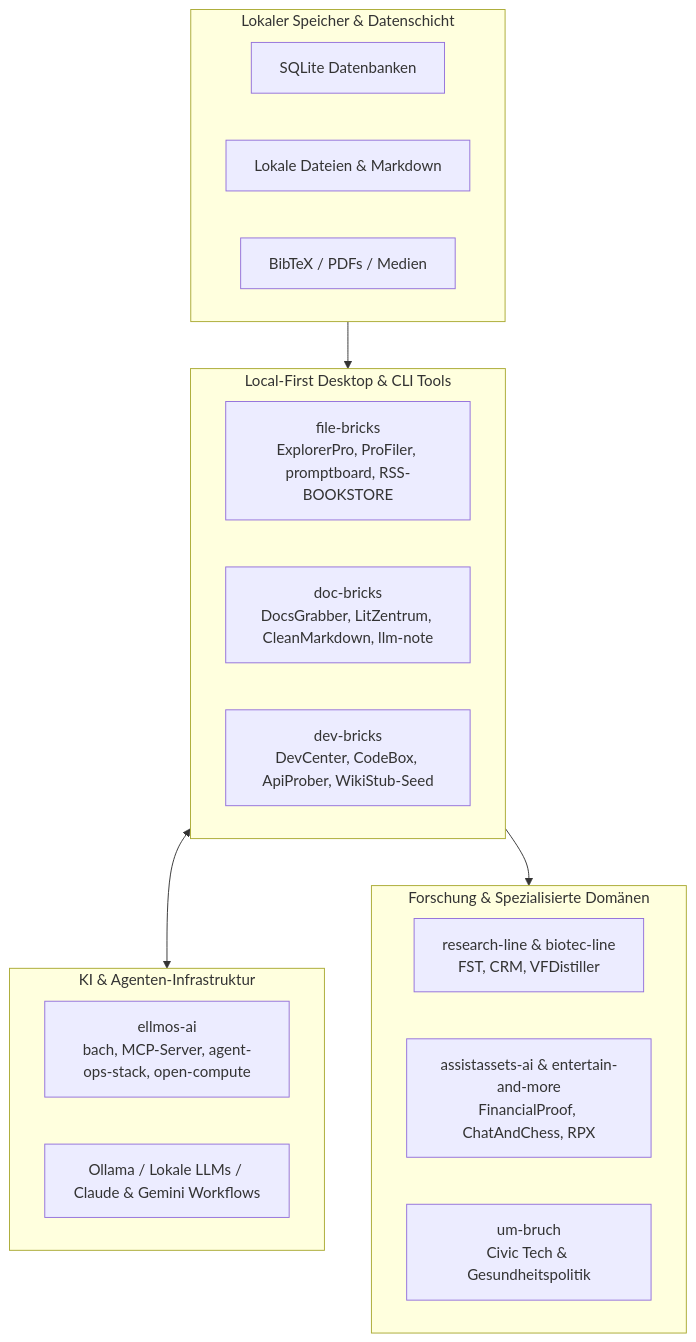
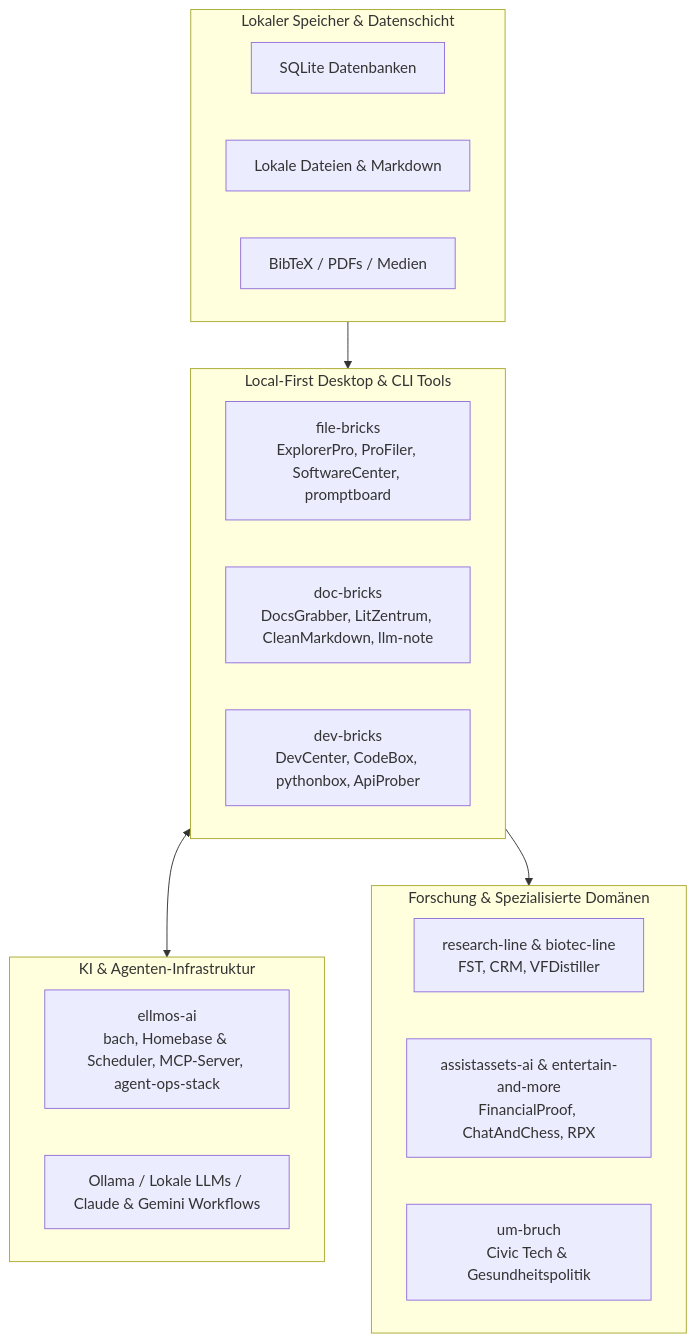
The diagram in profile/README_de.md (open-bricks/.github), drawn with Mermaid before and after one commit. The commit also changed other lines of this file and 5 other files, not shown here.

````diff
--- a/profile/README_de.md
+++ b/profile/README_de.md
@@ -59,29 +59,29 @@
 ```mermaid
 flowchart TD
     subgraph Storage [Lokaler Speicher & Datenschicht]
         A[SQLite Datenbanken]
         B[Lokale Dateien & Markdown]
         C[BibTeX / PDFs / Medien]
     end
 
     subgraph Applications [Local-First Desktop & CLI Tools]
-        D[file-bricks<br/>ExplorerPro, ProFiler, promptboard, RSS-BOOKSTORE]
+        D[file-bricks<br/>ExplorerPro, ProFiler, SoftwareCenter, promptboard]
         E[doc-bricks<br/>DocsGrabber, LitZentrum, CleanMarkdown, llm-note]
-        F[dev-bricks<br/>DevCenter, CodeBox, ApiProber, WikiStub-Seed]
+        F[dev-bricks<br/>DevCenter, CodeBox, pythonbox, ApiProber]
     end
 
     subgraph Infrastructure [KI & Agenten-Infrastruktur]
-        G[ellmos-ai<br/>bach, MCP-Server, agent-ops-stack, open-compute]
+        G[ellmos-ai<br/>bach, Homebase & Scheduler, MCP-Server, agent-ops-stack]
         H[Ollama / Lokale LLMs / Claude & Gemini Workflows]
     end
 
     subgraph Science [Forschung & Spezialisierte Domänen]
         I[research-line & biotec-line<br/>FST, CRM, VFDistiller]
         J[assistassets-ai & entertain-and-more<br/>FinancialProof, ChatAndChess, RPX]
         K[um-bruch<br/>Civic Tech & Gesundheitspolitik]
     end
 
     Storage --> Applications
     Applications <--> Infrastructure
     Applications --> Science
 ```
````
